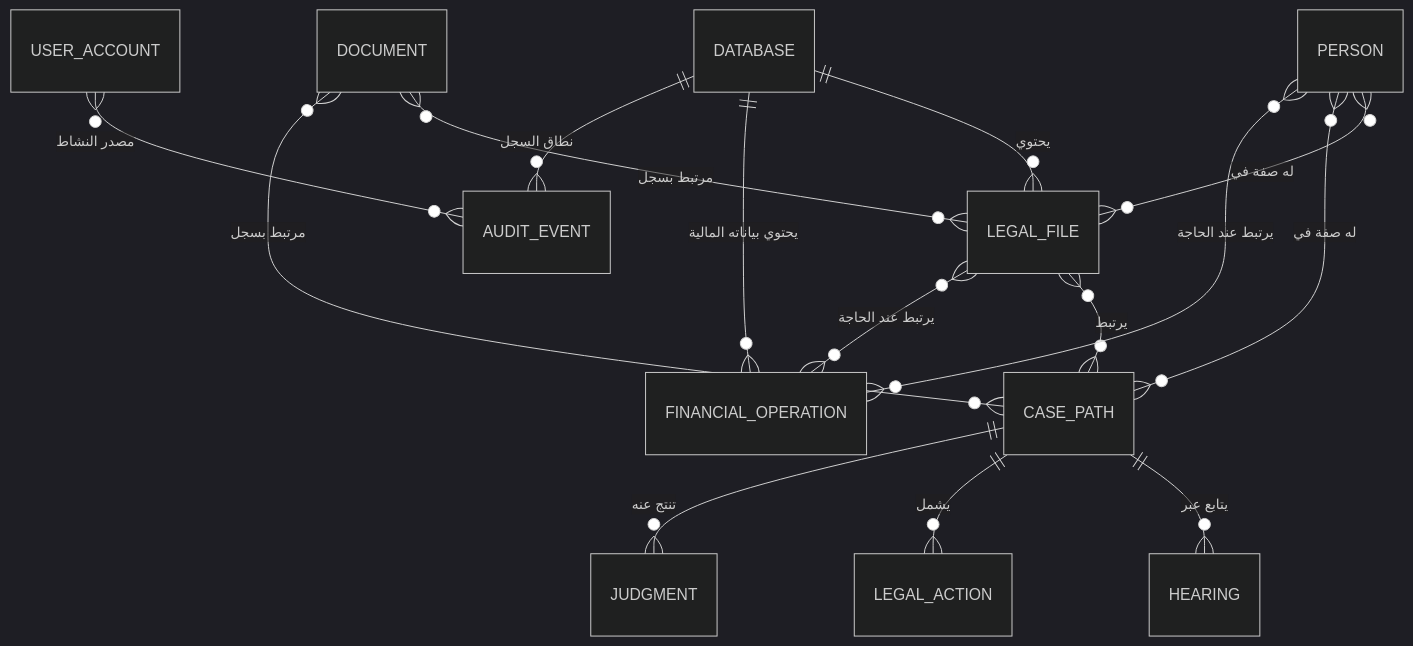
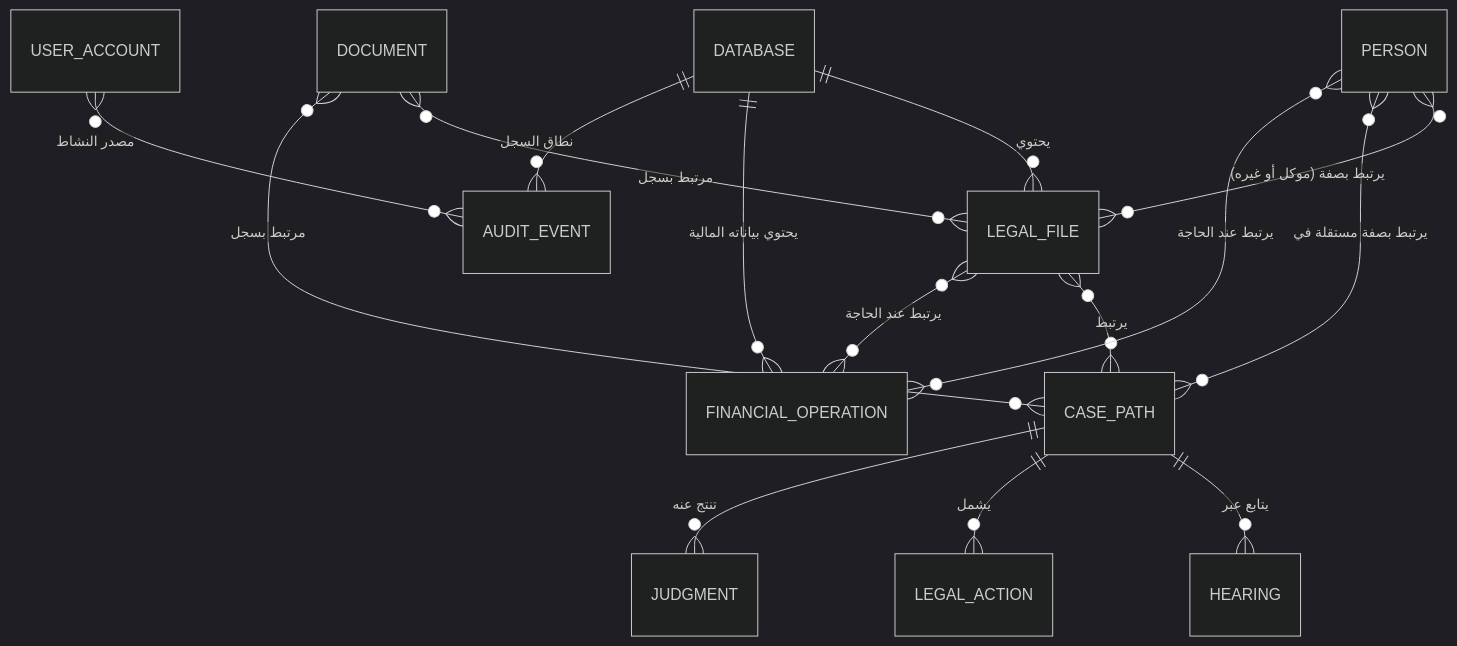
One commit to ahmedmo111269/mizan-law changed the diagram in docs/DOMAIN_MODEL.md. Above: the diagram before and after it, drawn with Mermaid (dark theme). The commit also changed other lines of this file and 2 other files, not shown here.

````diff
--- a/docs/DOMAIN_MODEL.md
+++ b/docs/DOMAIN_MODEL.md
@@ -41,17 +78,17 @@
 ```mermaid
 erDiagram
     DATABASE ||--o{ LEGAL_FILE : "يحتوي"
     LEGAL_FILE }o--o{ CASE_PATH : "يرتبط"
-    PERSON }o--o{ LEGAL_FILE : "له صفة في"
-    PERSON }o--o{ CASE_PATH : "له صفة في"
+    PERSON }o--o{ LEGAL_FILE : "يرتبط بصفة (موكل أو غيره)"
+    PERSON }o--o{ CASE_PATH : "يرتبط بصفة مستقلة في"
     CASE_PATH ||--o{ HEARING : "يتابع عبر"
     CASE_PATH ||--o{ LEGAL_ACTION : "يشمل"
     CASE_PATH ||--o{ JUDGMENT : "تنتج عنه"
     DOCUMENT }o--o{ LEGAL_FILE : "مرتبط بسجل"
     DOCUMENT }o--o{ CASE_PATH : "مرتبط بسجل"
     LEGAL_FILE }o--o{ FINANCIAL_OPERATION : "يرتبط عند الحاجة"
     PERSON }o--o{ FINANCIAL_OPERATION : "يرتبط عند الحاجة"
     DATABASE ||--o{ FINANCIAL_OPERATION : "يحتوي بياناته المالية"
     USER_ACCOUNT }o--o{ AUDIT_EVENT : "مصدر النشاط"
     DATABASE ||--o{ AUDIT_EVENT : "نطاق السجل"
 ```
````
